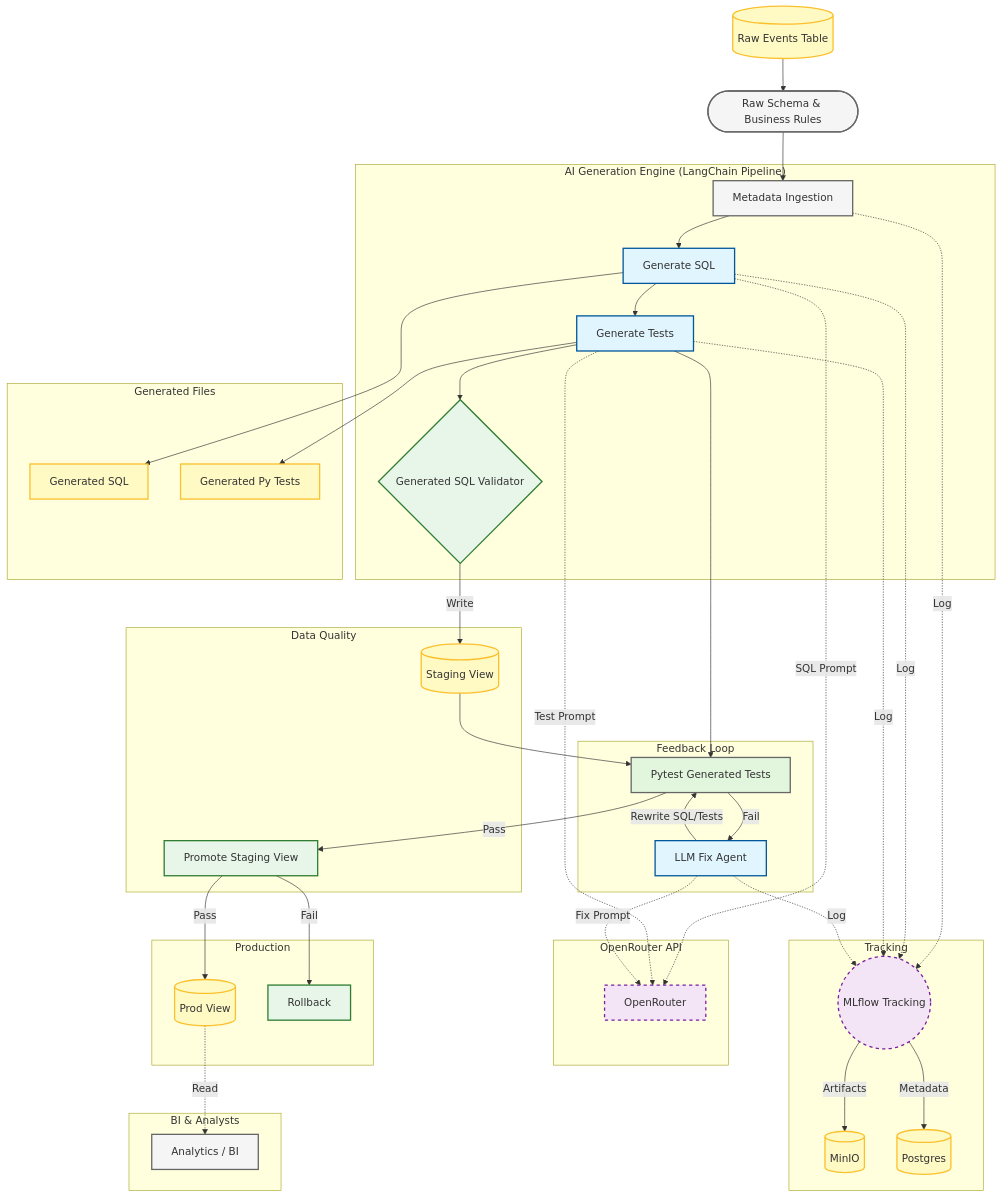
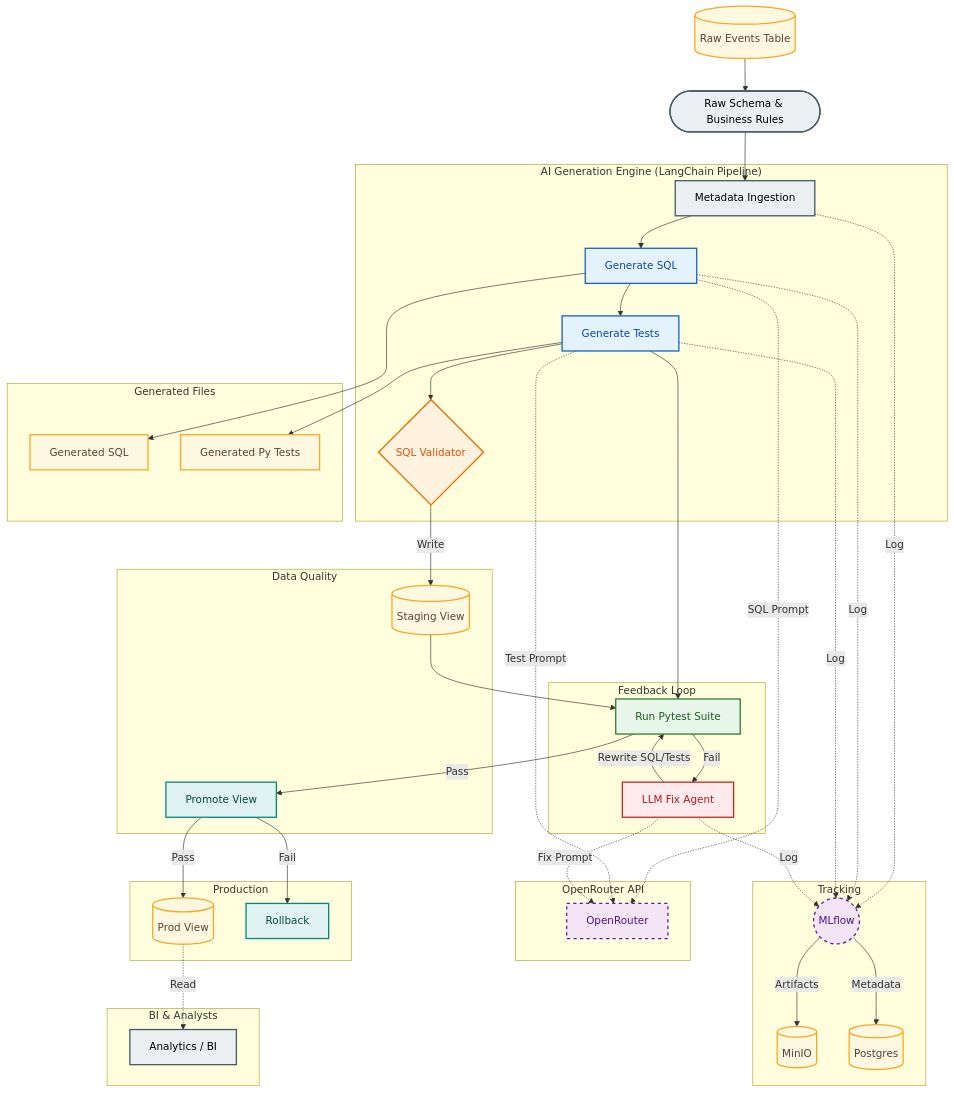
One commit to RomanDevyatov/lang-chain-sql-and-test-generator changed the second of 2 diagrams in README.md. Above: the diagram before and after it, drawn with Mermaid.

Commit message:
Update mermaid diagram in README.md

````diff
--- a/README.md
+++ b/README.md
@@ -220,82 +220,87 @@
 ```mermaid
 graph TD
 
-
+   %% مصادر
    Table[("Raw Events Table")] --> Start
    Start([Raw Schema & Business Rules]) --> Ingestion[Metadata Ingestion]
 
-
+   %% AI ENGINE
    subgraph "AI Generation Engine (LangChain Pipeline)"
        Ingestion --> SQLGenNode[Generate SQL]
        SQLGenNode --> TestGenNode[Generate Tests]
        TestGenNode --> SQLValidator
    end
 
-
+   %% GENERATED FILES
    subgraph "Generated Files"
        GeneratedSql["Generated SQL"]
        GeneratedTests["Generated Py Tests"]
    end
 
-
    SQLGenNode --> GeneratedSql
    TestGenNode --> GeneratedTests
-  
+
+   %% FEEDBACK LOOP
    subgraph "Feedback Loop"
-       TestGenNode --> PytestSuite[Pytest Generated Tests]
+       TestGenNode --> PytestSuite[Run Pytest Suite]
        PytestSuite -->|Fail| LLMfixPipeline[LLM Fix Agent]
        LLMfixPipeline -->|Rewrite SQL/Tests| PytestSuite
    end
 
+   %% DATA QUALITY
+   subgraph "Data Quality"
+       SQLValidator{SQL Validator} -->|Write| Staging[(Staging View)]
+       Staging --> PytestSuite
+       PytestSuite -->|Pass| Executor[Promote View]
+   end
 
-   subgraph "Data Quality"
-       SQLValidator{Generated SQL Validator} -->|Write| Staging[(Staging View)]
-       Staging --> PytestSuite
-       PytestSuite -->|Pass| Executor[Promote Staging View]
-   end
-  
+   %% API
    subgraph "OpenRouter API"
        SQLGenNode -.->|SQL Prompt| OpenRouter[OpenRouter]
        TestGenNode -.->|Test Prompt| OpenRouter
        LLMfixPipeline -.->|Fix Prompt| OpenRouter
    end
 
-
+   %% TRACKING
    subgraph "Tracking"
-       Ingestion -.->|Log| MLflow((MLflow Tracking))
+       Ingestion -.->|Log| MLflow((MLflow))
        SQLGenNode -.->|Log| MLflow
        TestGenNode -.->|Log| MLflow
        LLMfixPipeline -.->|Log| MLflow
-
 
        MLflow -->|Artifacts| MinIO[(MinIO)]
        MLflow -->|Metadata| PostgresMLflow[(Postgres)]
    end
 
-
+   %% PRODUCTION
    subgraph "Production"
        Executor -->|Pass| ProdView[(Prod View)]
        Executor -->|Fail| Rollback[Rollback]
    end
 
-
+   %% BI
    subgraph "BI & Analysts"
        ProdView -.->|Read| Analyze[Analytics / BI]
    end
 
+   %% ===== STYLES (HIGH READABILITY) =====
 
-   classDef startEnd fill:#f5f5f5,stroke:#666,stroke-width:2px,color:#333;
-   classDef aiNode fill:#e1f5fe,stroke:#01579b,stroke-width:2px,color:#333;
-   classDef testNode fill:#e2f6de,stroke:#666,stroke-width:2px,color:#333;
-   classDef storage fill:#fff9c4,stroke:#fbc02d,stroke-width:2px,color:#333;
-   classDef action fill:#e8f5e9,stroke:#2e7d32,stroke-width:2px,color:#333;
-   classDef tracking fill:#f3e5f5,stroke:#7b1fa2,stroke-width:2px,color:#333,stroke-dasharray: 5 5;
+   classDef source fill:#ECEFF1,stroke:#455A64,stroke-width:2px,color:#000;
+   classDef ai fill:#E3F2FD,stroke:#1565C0,stroke-width:2px,color:#0D47A1;
+   classDef validation fill:#FFF3E0,stroke:#EF6C00,stroke-width:2px,color:#E65100;
+   classDef test fill:#E8F5E9,stroke:#2E7D32,stroke-width:2px,color:#1B5E20;
+   classDef storage fill:#FFF8E1,stroke:#F9A825,stroke-width:2px,color:#5D4037;
+   classDef action fill:#E0F2F1,stroke:#00897B,stroke-width:2px,color:#004D40;
+   classDef feedback fill:#FFEBEE,stroke:#C62828,stroke-width:2px,color:#B71C1C;
+   classDef tracking fill:#F3E5F5,stroke:#6A1B9A,stroke-width:2px,color:#4A148C,stroke-dasharray: 5 5;
 
-
-   class Start,Analyze,Ingestion startEnd;
-   class SQLGenNode,TestGenNode,LLMfixPipeline aiNode;
-   class PytestSuite testNode;
-   class Staging,ProdView,MinIO,PostgresMLflow,Table,GeneratedSql,GeneratedTests storage;
-   class SQLValidator,Executor,Rollback action;
+   %% APPLY
+   class Table,GeneratedSql,GeneratedTests,Staging,ProdView,MinIO,PostgresMLflow storage;
+   class Start,Ingestion,Analyze source;
+   class SQLGenNode,TestGenNode ai;
+   class SQLValidator validation;
+   class PytestSuite test;
+   class Executor,Rollback action;
+   class LLMfixPipeline feedback;
    class MLflow,OpenRouter tracking;
 ```
````
